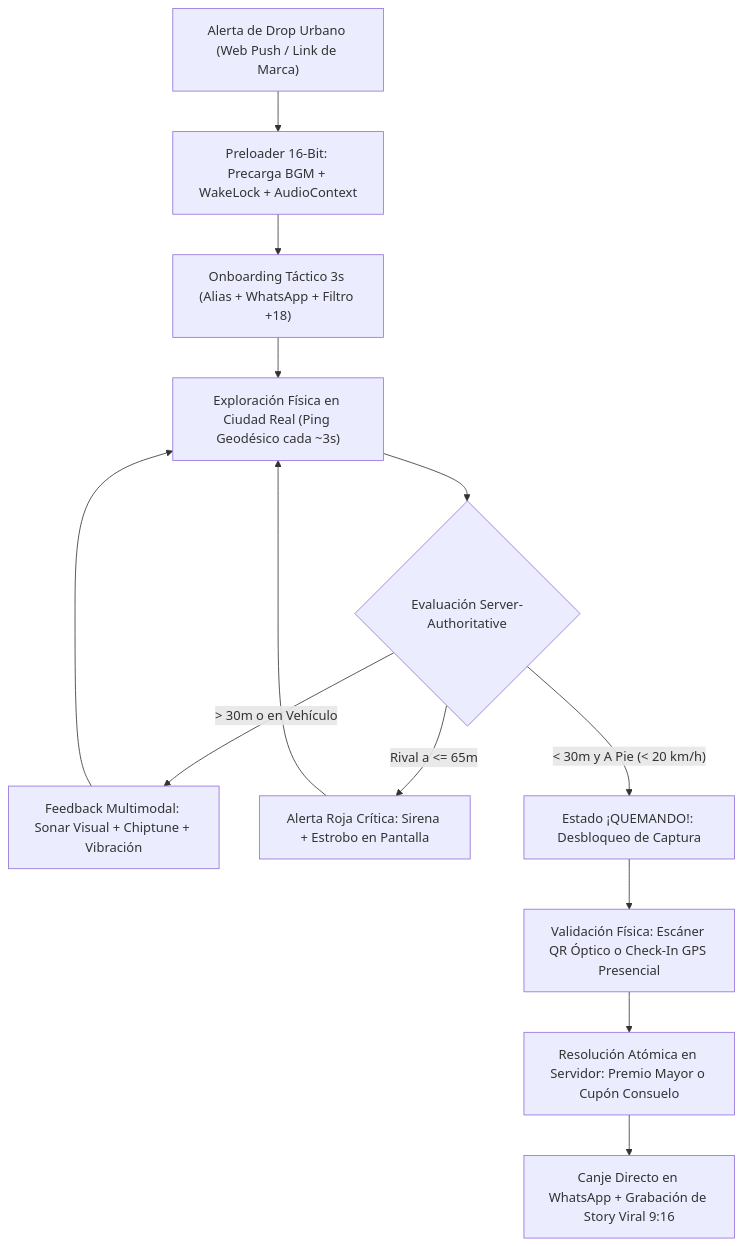
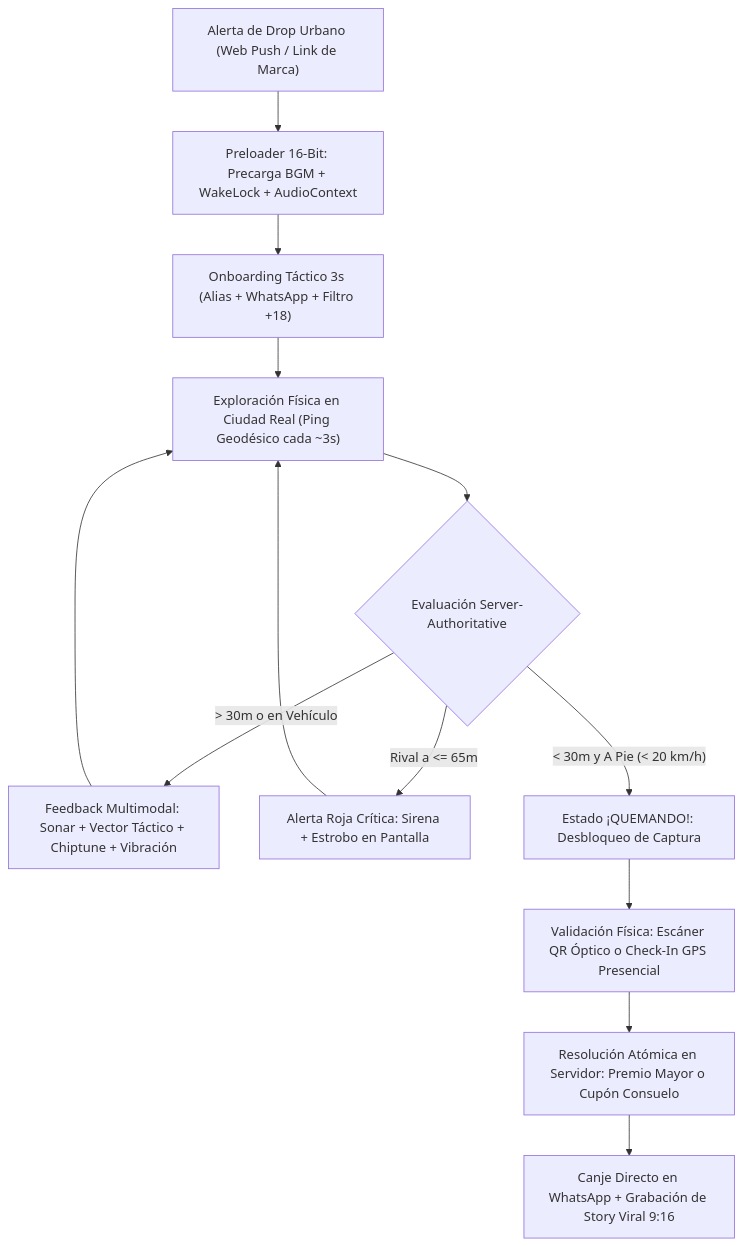
One commit to Kurupi12/radar-quest-py changed the first of 2 diagrams in GDD_RADAR_QUEST_PY.md. Above: the diagram before and after it, drawn with Mermaid. The commit also changed other lines of this file and 1 other file, not shown here.

Commit message:
docs(gdd): document TacticalVectorAssistance and enforce live GDD sync rule

````diff
--- a/GDD_RADAR_QUEST_PY.md
+++ b/GDD_RADAR_QUEST_PY.md
@@ -42,15 +42,15 @@
 ```mermaid
 flowchart TD
     A["Alerta de Drop Urbano (Web Push / Link de Marca)"] --> B["Preloader 16-Bit: Precarga BGM + WakeLock + AudioContext"]
     B --> C["Onboarding Táctico 3s (Alias + WhatsApp + Filtro +18)"]
     C --> D["Exploración Física en Ciudad Real (Ping Geodésico cada ~3s)"]
     D --> E{"Evaluación Server-Authoritative"}
-    E -->|"> 30m o en Vehículo"| F["Feedback Multimodal: Sonar Visual + Chiptune + Vibración"]
+    E -->|"> 30m o en Vehículo"| F["Feedback Multimodal: Sonar + Vector Táctico + Chiptune + Vibración"]
     F --> D
     E -->|"Rival a <= 65m"| G["Alerta Roja Crítica: Sirena + Estrobo en Pantalla"]
     G --> D
     E -->|"< 30m y A Pie (< 20 km/h)"| H["Estado ¡QUEMANDO!: Desbloqueo de Captura"]
     H --> I["Validación Física: Escáner QR Óptico o Check-In GPS Presencial"]
     I --> J["Resolución Atómica en Servidor: Premio Mayor o Cupón Consuelo"]
     J --> K["Canje Directo en WhatsApp + Grabación de Story Viral 9:16"]
 ```
````
